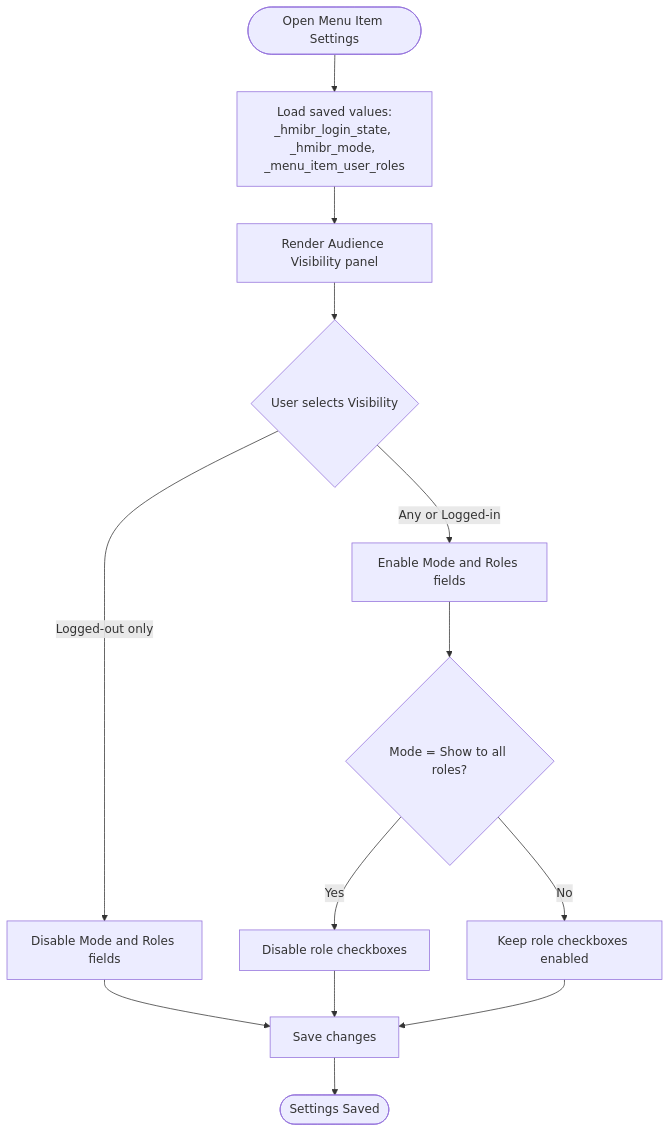
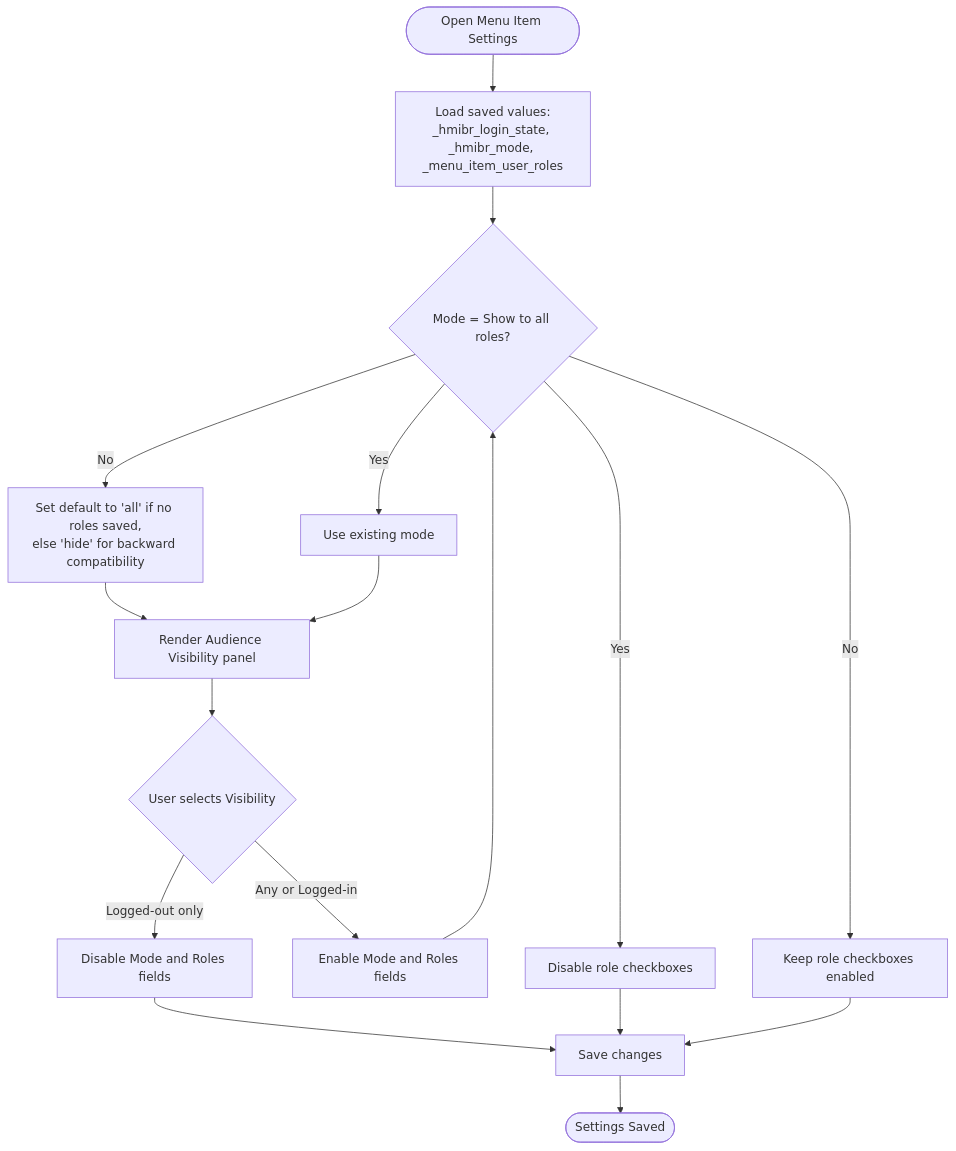
The third of 7 diagrams in .qoder/repowiki/en/content/Features Guide/Role-Based Menu Visibility.md (mahfuzurwp/hide-menu-items-by-role), drawn with Mermaid before and after one commit. The commit also changed other lines of this file and 8 other files, not shown here.

````diff
--- a/.qoder/repowiki/en/content/Features Guide/Role-Based Menu Visibility.md
+++ b/.qoder/repowiki/en/content/Features Guide/Role-Based Menu Visibility.md
@@ -121,15 +123,19 @@
 ```mermaid
 flowchart TD
 Start(["Open Menu Item Settings"]) --> Load["Load saved values:<br/>_hmibr_login_state, _hmibr_mode, _menu_item_user_roles"]
-Load --> RenderPanel["Render Audience Visibility panel"]
+Load --> CheckMode{"Mode exists?"}
+CheckMode --> |No| SetDefault["Set default to 'all' if no roles saved,<br/>else 'hide' for backward compatibility"]
+CheckMode --> |Yes| UseExisting["Use existing mode"]
+SetDefault --> RenderPanel["Render Audience Visibility panel"]
+UseExisting --> RenderPanel
 RenderPanel --> UserChoice{"User selects Visibility"}
 UserChoice --> |Logged-out only| DisableFields["Disable Mode and Roles fields"]
 UserChoice --> |Any or Logged-in| EnableFields["Enable Mode and Roles fields"]
 EnableFields --> CheckMode{"Mode = Show to all roles?"}
 CheckMode --> |Yes| DisableRoles["Disable role checkboxes"]
 CheckMode --> |No| KeepRoles["Keep role checkboxes enabled"]
 DisableFields --> Save["Save changes"]
 DisableRoles --> Save
 KeepRoles --> Save
 Save --> End(["Settings Saved"])
 ```
````
